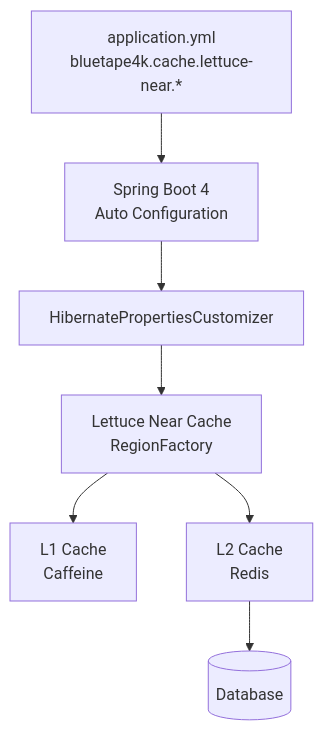
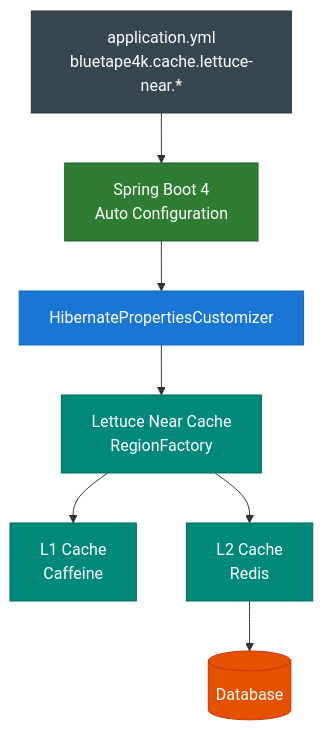
The second of 2 diagrams in spring-boot4/hibernate-lettuce/README.ko.md (bluetape4k/bluetape4k-projects), drawn with Mermaid before and after one commit. The commit also changed other lines of this file and 221 other files, not shown here.

First line of the commit message:
docs: 전체 모듈 README UML 다이어그램 보강 및 색상 업그레이드

````diff
--- a/spring-boot4/hibernate-lettuce/README.ko.md
+++ b/spring-boot4/hibernate-lettuce/README.ko.md
@@ -50,17 +58,29 @@
 ```mermaid
 flowchart TD
     Props["application.yml<br/>bluetape4k.cache.lettuce-near.*"]
     AutoConfig["Spring Boot 4<br/>Auto Configuration"]
     Customizer["HibernatePropertiesCustomizer"]
     RegionFactory["Lettuce Near Cache<br/>RegionFactory"]
     L1["L1 Cache<br/>Caffeine"]
     L2["L2 Cache<br/>Redis"]
     DB[("Database")]
 
     Props --> AutoConfig
     AutoConfig --> Customizer
     Customizer --> RegionFactory
     RegionFactory --> L1
     RegionFactory --> L2
     L2 --> DB
+
+    classDef configStyle fill:#37474F,stroke:#263238,color:#FFFFFF
+    classDef autoStyle fill:#2E7D32,stroke:#1B5E20,color:#FFFFFF
+    classDef customizerStyle fill:#1976D2,stroke:#1565C0,color:#FFFFFF
+    classDef cacheStyle fill:#00897B,stroke:#00695C,color:#FFFFFF
+    classDef dbStyle fill:#E65100,stroke:#BF360C,color:#FFFFFF
+
+    class Props configStyle
+    class AutoConfig autoStyle
+    class Customizer customizerStyle
+    class RegionFactory,L1,L2 cacheStyle
+    class DB dbStyle
 ```
````
